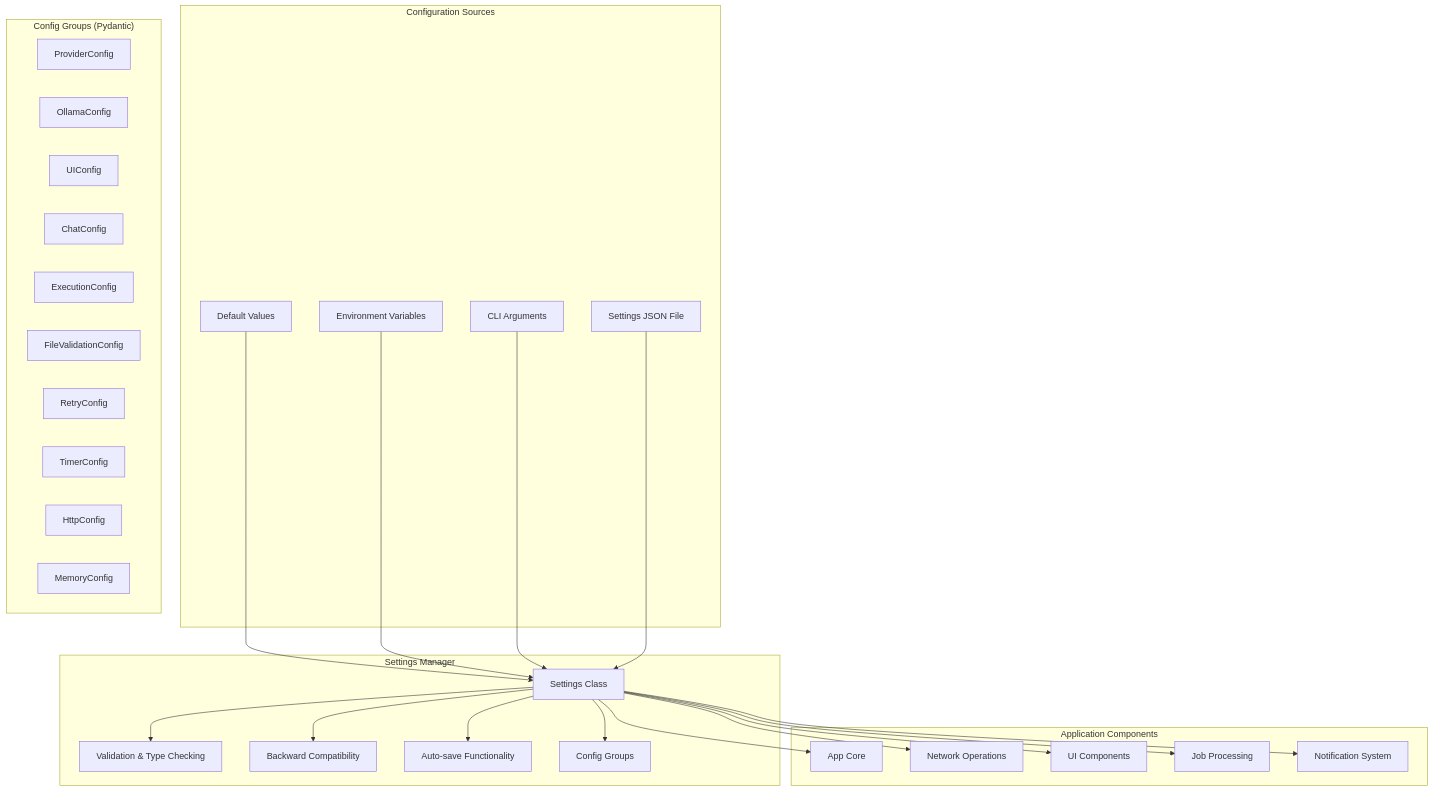
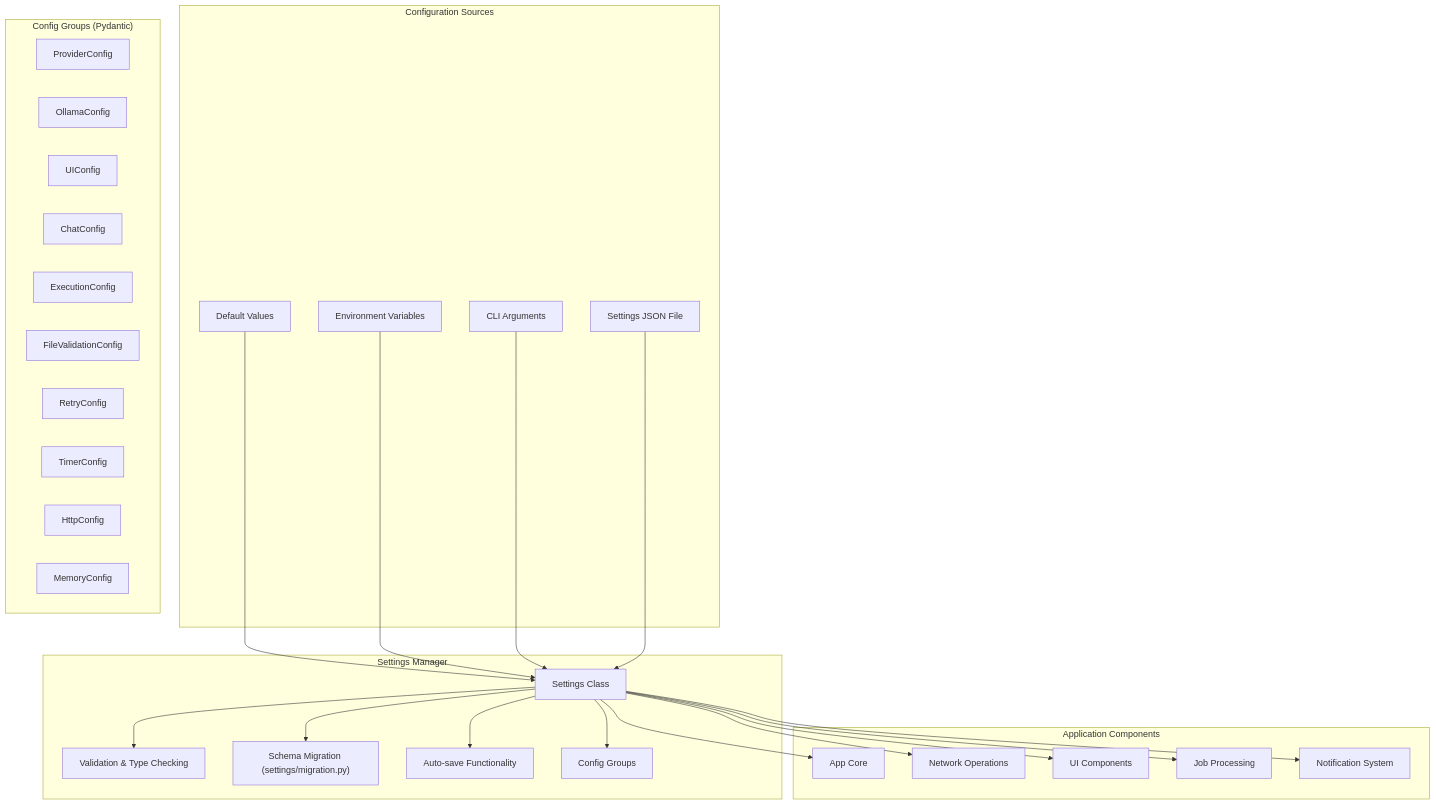
The ninth of 15 diagrams in project_design.md (paulrobello/parllama), drawn with Mermaid before and after one commit. The commit also changed other lines of this file, not shown here.

First line of the commit message:
docs(design): refresh architecture doc for current settings, chat, and attachment code

````diff
--- a/project_design.md
+++ b/project_design.md
@@ -515,49 +523,49 @@
 ```mermaid
 graph TD
     subgraph "Configuration Sources"
         A[Default Values]
         B[Environment Variables]
         C[CLI Arguments]
         D[Settings JSON File]
     end
 
     subgraph "Settings Manager"
         E[Settings Class]
         E --> F[Validation & Type Checking]
-        E --> G[Backward Compatibility]
+        E --> G["Schema Migration (settings/migration.py)"]
         E --> H[Auto-save Functionality]
         E --> CG[Config Groups]
     end
 
     subgraph "Config Groups (Pydantic)"
         CG1[ProviderConfig]
         CG2[OllamaConfig]
         CG3[UIConfig]
         CG4[ChatConfig]
         CG5[ExecutionConfig]
         CG6[FileValidationConfig]
         CG7[RetryConfig]
         CG8[TimerConfig]
         CG9[HttpConfig]
         CG10[MemoryConfig]
     end
 
     subgraph "Application Components"
         I[App Core]
         J[Network Operations]
         K[UI Components]
         L[Job Processing]
         M[Notification System]
     end
 
     A --> E
     B --> E
     C --> E
     D --> E
 
     E --> I
     E --> J
     E --> K
     E --> L
     E --> M
 ```
````
